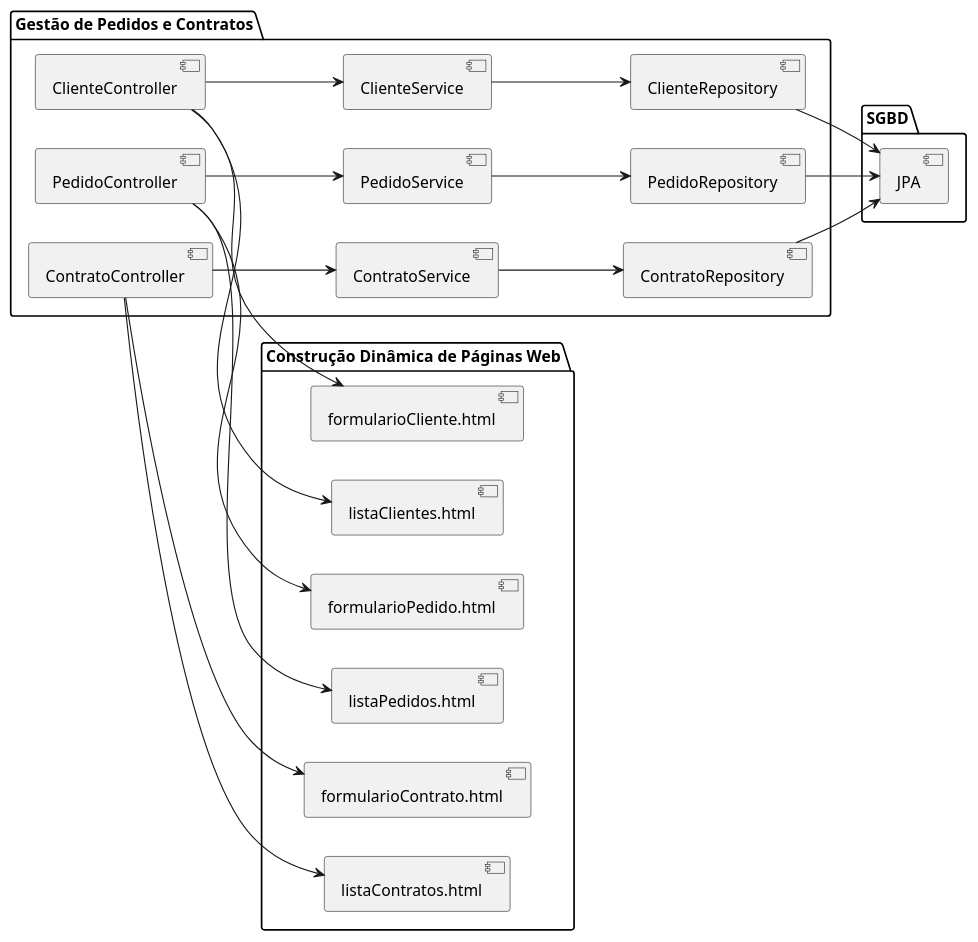
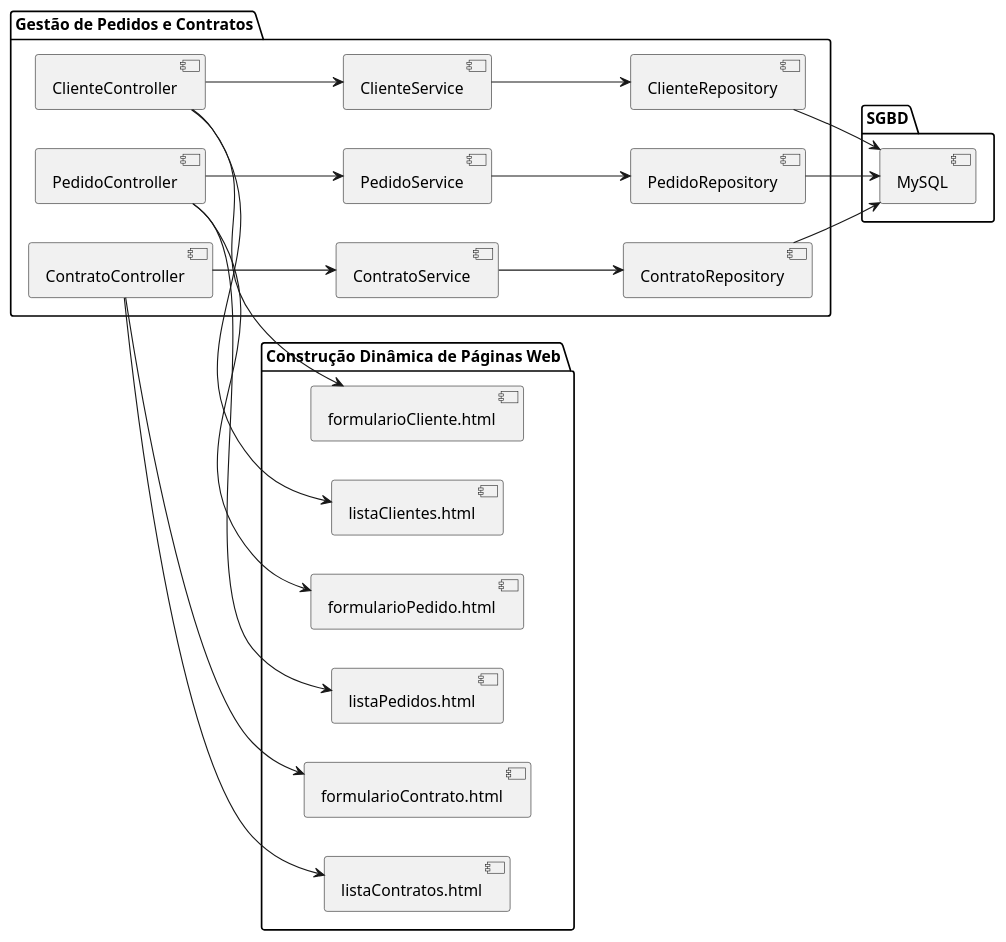
Before and after one commit to thevinilima/lds-2: the diagram in project/code/components.puml, drawn with PlantUML.

```diff
--- a/project/code/components.puml
+++ b/project/code/components.puml
@@ -1,49 +1,49 @@
 @startuml
 
 left to right direction
 package "Gestão de Pedidos e Contratos" {
   [ClienteController]
   [PedidoController]
   [ContratoController]
   [ClienteService]
   [PedidoService]
   [ContratoService]
   [ClienteRepository]
   [PedidoRepository]
   [ContratoRepository]
 
 }
 
 package "SGBD"{
-  [JPA]
+  [MySQL]
  }
 
 package "Construção Dinâmica de Páginas Web" {
   [formularioCliente.html]
   [listaClientes.html]
   [formularioPedido.html]
   [listaPedidos.html]
   [formularioContrato.html]
   [listaContratos.html]
 }
 
 [ClienteController] --> [ClienteService]
 [PedidoController] --> [PedidoService]
 [ContratoController] --> [ContratoService]
 
 [ClienteService] --> [ClienteRepository]
 [PedidoService] --> [PedidoRepository]
 [ContratoService] --> [ContratoRepository]
 
-[ClienteRepository] --> [JPA]
-[PedidoRepository] --> [JPA]
-[ContratoRepository] --> [JPA]
+[ClienteRepository] --> [MySQL]
+[PedidoRepository] --> [MySQL]
+[ContratoRepository] --> [MySQL]
 
 [ClienteController] --> [formularioCliente.html]
 [ClienteController] --> [listaClientes.html]
 [PedidoController] --> [formularioPedido.html]
 [PedidoController] --> [listaPedidos.html]
 [ContratoController] --> [formularioContrato.html]
 [ContratoController] --> [listaContratos.html]
 
 @enduml
```
